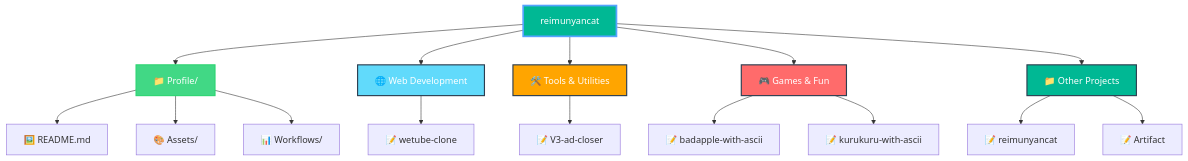
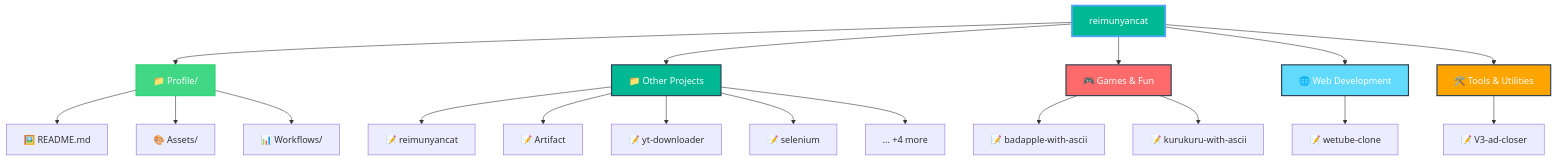
Before and after one commit to reimunyancat/reimunyancat: the diagram in README.md, drawn with Mermaid. The commit also changed other lines of this file, not shown here.

Commit message:
🤖 Auto-update README with latest repositories

````diff
--- a/README.md
+++ b/README.md
@@ -219,28 +218,31 @@
 ```mermaid
 graph TD
   A[reimunyancat] --> B[📁 Profile/]
   B --> C[🖼️ README.md]
   B --> D[🎨 Assets/]
   B --> E[📊 Workflows/]
 
-  A --> CAT0[🌐 Web Development]
-  CAT0 --> CAT0_0[📝 wetube-clone]
+  A --> CAT0[📁 Other Projects]
+  CAT0 --> CAT0_0[📝 reimunyancat]
+  CAT0 --> CAT0_1[📝 Artifact]
+  CAT0 --> CAT0_2[📝 yt-downloader]
+  CAT0 --> CAT0_3[📝 selenium]
+  CAT0 --> CAT0_MORE[... +4 more]
 
-  A --> CAT1[🛠️ Tools & Utilities]
-  CAT1 --> CAT1_0[📝 V3-ad-closer]
+  A --> CAT1[🎮 Games & Fun]
+  CAT1 --> CAT1_0[📝 badapple-with-ascii]
+  CAT1 --> CAT1_1[📝 kurukuru-with-ascii]
 
-  A --> CAT2[🎮 Games & Fun]
-  CAT2 --> CAT2_0[📝 badapple-with-ascii]
-  CAT2 --> CAT2_1[📝 kurukuru-with-ascii]
+  A --> CAT2[🌐 Web Development]
+  CAT2 --> CAT2_0[📝 wetube-clone]
 
-  A --> CAT3[📁 Other Projects]
-  CAT3 --> CAT3_0[📝 reimunyancat]
-  CAT3 --> CAT3_1[📝 Artifact]
+  A --> CAT3[🛠️ Tools & Utilities]
+  CAT3 --> CAT3_0[📝 V3-ad-closer]
 
   style A fill:#00b894,stroke:#55a3ff,stroke-width:3px,color:#fff
   style B fill:#41d885,stroke:#2ed573,stroke-width:2px,color:#fff
-  style CAT0 fill:#61dafb,stroke:#2c3e50,stroke-width:2px,color:#fff
-  style CAT1 fill:#ffa500,stroke:#2c3e50,stroke-width:2px,color:#fff
-  style CAT2 fill:#ff6b6b,stroke:#2c3e50,stroke-width:2px,color:#fff
-  style CAT3 fill:#00b894,stroke:#2c3e50,stroke-width:2px,color:#fff
+  style CAT0 fill:#00b894,stroke:#2c3e50,stroke-width:2px,color:#fff
+  style CAT1 fill:#ff6b6b,stroke:#2c3e50,stroke-width:2px,color:#fff
+  style CAT2 fill:#61dafb,stroke:#2c3e50,stroke-width:2px,color:#fff
+  style CAT3 fill:#ffa500,stroke:#2c3e50,stroke-width:2px,color:#fff
 ```
````
